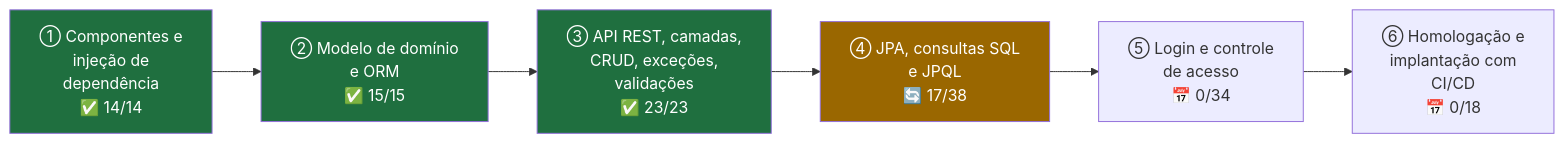
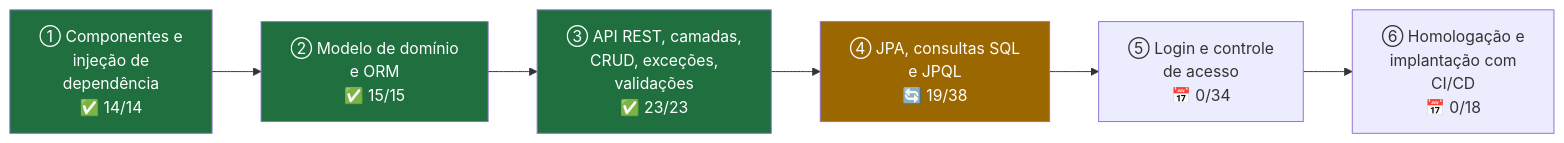
Before and after one commit to k3vinrich4rd/k3vinrich4rd: diagram 20 of 22 in README.md, drawn with Mermaid. The commit also changed other lines of this file and 3 other files, not shown here.

````diff
--- a/README.md
+++ b/README.md
@@ -2685,8 +2685,8 @@
 ```mermaid
 flowchart LR
-    C1["① Componentes e<br/>injeção de<br/>dependência<br/>✅ 14/14"] --> C2["② Modelo de domínio<br/>e ORM<br/>✅ 15/15"] --> C3["③ API REST, camadas,<br/>CRUD, exceções,<br/>validações<br/>✅ 23/23"] --> C4["④ JPA, consultas SQL<br/>e JPQL<br/>🔄 17/38"] --> C5["⑤ Login e controle<br/>de acesso<br/>📅 0/34"] --> C6["⑥ Homologação e<br/>implantação com<br/>CI/CD<br/>📅 0/18"]
+    C1["① Componentes e<br/>injeção de<br/>dependência<br/>✅ 14/14"] --> C2["② Modelo de domínio<br/>e ORM<br/>✅ 15/15"] --> C3["③ API REST, camadas,<br/>CRUD, exceções,<br/>validações<br/>✅ 23/23"] --> C4["④ JPA, consultas SQL<br/>e JPQL<br/>🔄 19/38"] --> C5["⑤ Login e controle<br/>de acesso<br/>📅 0/34"] --> C6["⑥ Homologação e<br/>implantação com<br/>CI/CD<br/>📅 0/18"]
     style C1 fill:#1f6f3f,color:#fff
     style C2 fill:#1f6f3f,color:#fff
     style C3 fill:#1f6f3f,color:#fff
     style C4 fill:#9a6700,color:#fff
 ```
````
